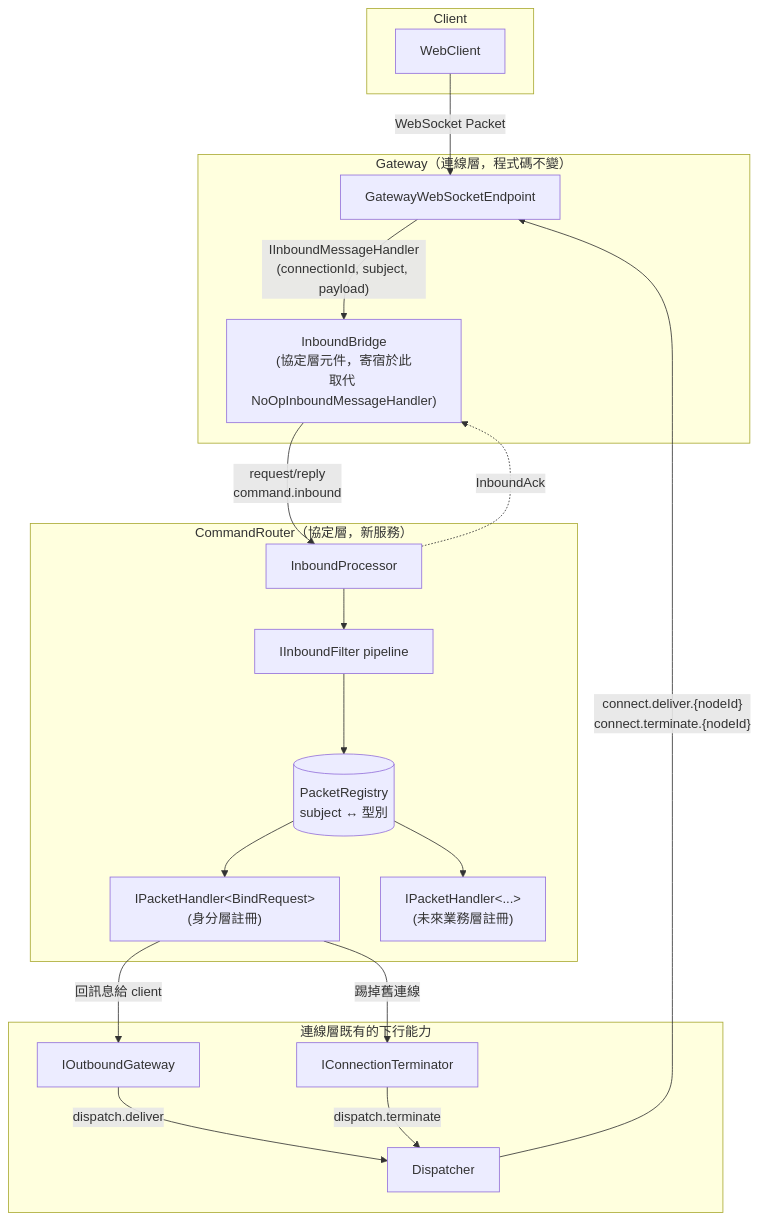
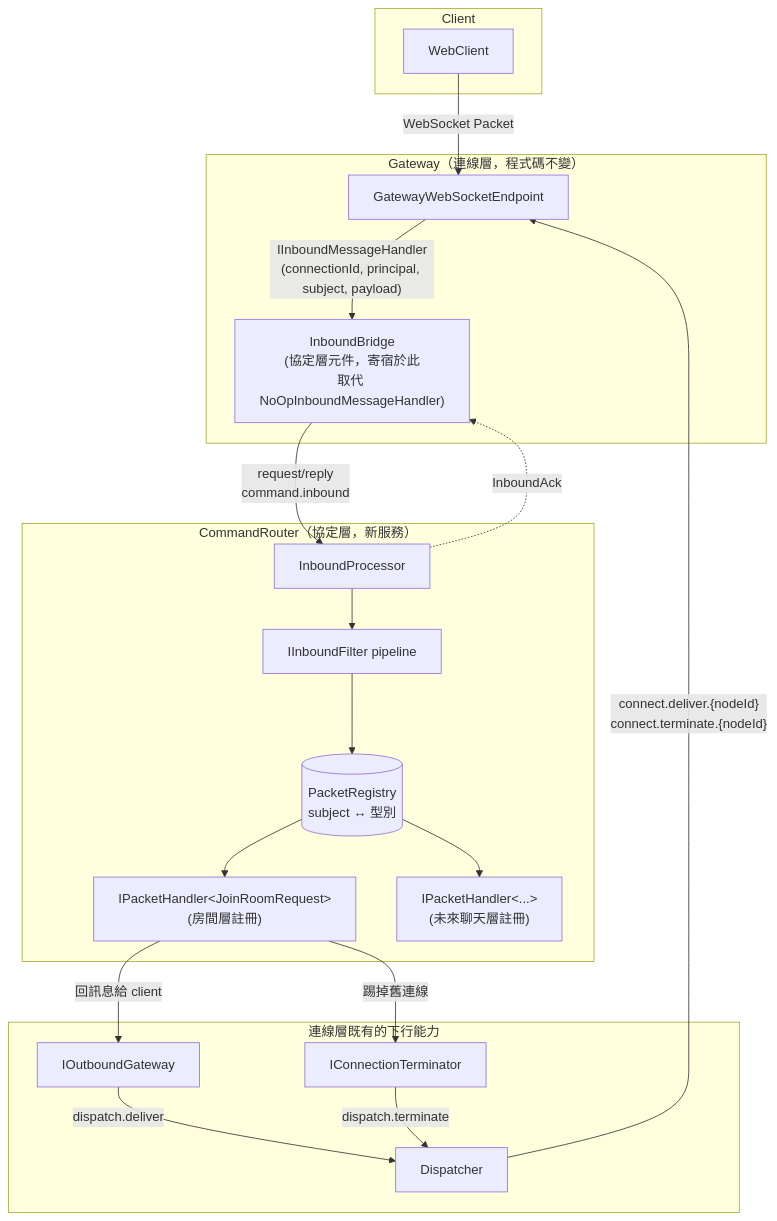
Before and after one commit to yggdrasill-dev/ChatSystem: the first of 4 diagrams in docs/architecture/protocol-layer.md, drawn with Mermaid. The commit also changed other lines of this file and 4 other files, not shown here.

````diff
--- a/docs/architecture/protocol-layer.md
+++ b/docs/architecture/protocol-layer.md
@@ -48,39 +51,39 @@
 ```mermaid
 graph TB
     subgraph Client
         WC[WebClient]
     end
 
     subgraph "Gateway（連線層，程式碼不變）"
         WS[GatewayWebSocketEndpoint]
         IB["InboundBridge\n(協定層元件，寄宿於此\n取代 NoOpInboundMessageHandler)"]
     end
 
     subgraph "CommandRouter（協定層，新服務）"
         IP[InboundProcessor]
         FP["IInboundFilter pipeline"]
         RG[("PacketRegistry\nsubject ↔ 型別")]
-        H1["IPacketHandler&lt;BindRequest&gt;\n(身分層註冊)"]
-        H2["IPacketHandler&lt;...&gt;\n(未來業務層註冊)"]
+        H1["IPacketHandler&lt;JoinRoomRequest&gt;\n(房間層註冊)"]
+        H2["IPacketHandler&lt;...&gt;\n(未來聊天層註冊)"]
     end
 
     subgraph "連線層既有的下行能力"
         OG[IOutboundGateway]
         CT[IConnectionTerminator]
         DP[Dispatcher]
     end
 
     WC -- "WebSocket Packet" --> WS
-    WS -- "IInboundMessageHandler\n(connectionId, subject, payload)" --> IB
+    WS -- "IInboundMessageHandler\n(connectionId, principal, subject, payload)" --> IB
     IB -- "request/reply\ncommand.inbound" --> IP
     IP --> FP
     FP --> RG
     RG --> H1
     RG --> H2
     H1 -- "回訊息給 client" --> OG
     H1 -- "踢掉舊連線" --> CT
     OG -- "dispatch.deliver" --> DP
     CT -- "dispatch.terminate" --> DP
     DP -- "connect.deliver.{nodeId}\nconnect.terminate.{nodeId}" --> WS
     IP -. "InboundAck" .-> IB
 ```
````
